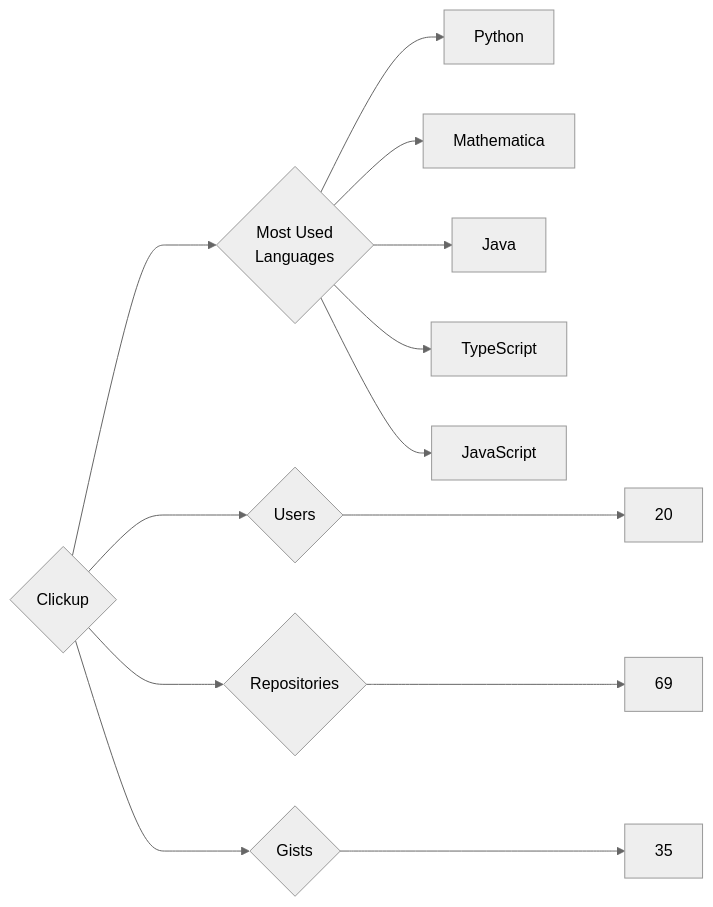
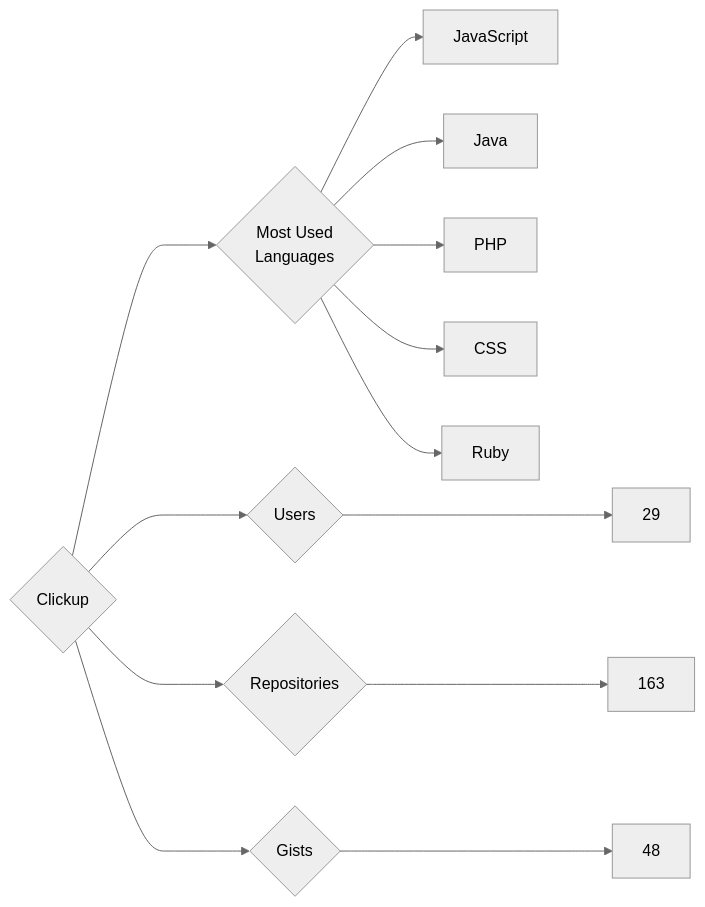
The diagram in targets/Clickup/README.md (trickest/insiders), drawn with Mermaid (neutral theme) before and after one commit. The commit also changed 749 other files, not shown here.

````diff
--- a/targets/Clickup/README.md
+++ b/targets/Clickup/README.md
@@ -3,13 +3,13 @@
 ```mermaid
 graph LR
 COMPANY_NAME{Clickup}
-COMPANY_NAME ---> U{Users} ---> UN[20]
-COMPANY_NAME ---> R{Repositories} ---> RN[69]
-COMPANY_NAME ---> G{Gists} ---> GN[35]
+COMPANY_NAME ---> U{Users} ---> UN[29]
+COMPANY_NAME ---> R{Repositories} ---> RN[163]
+COMPANY_NAME ---> G{Gists} ---> GN[48]
 COMPANY_NAME ---> ML{Most Used<br>Languages}
-ML --> Python[Python]
-ML --> Mathematica[Mathematica]
+ML --> JavaScript[JavaScript]
 ML --> Java[Java]
-ML --> TypeScript[TypeScript]
-ML --> JavaScript[JavaScript]
+ML --> PHP[PHP]
+ML --> CSS[CSS]
+ML --> Ruby[Ruby]
 ```
````
